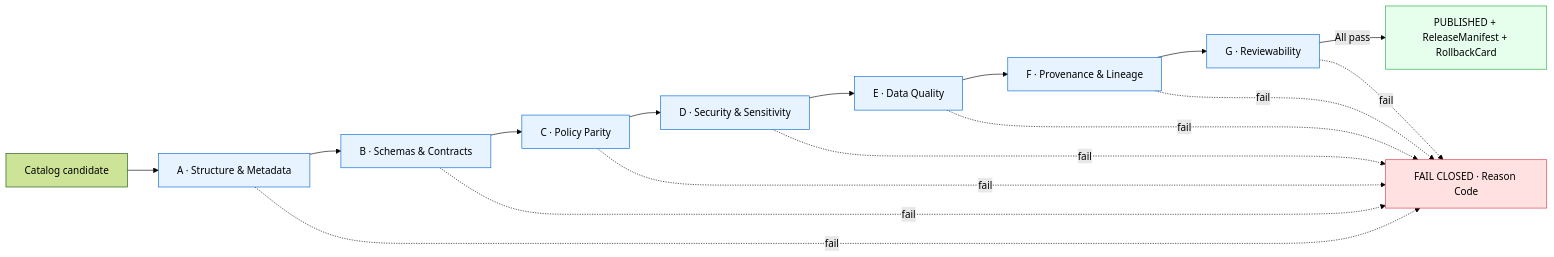
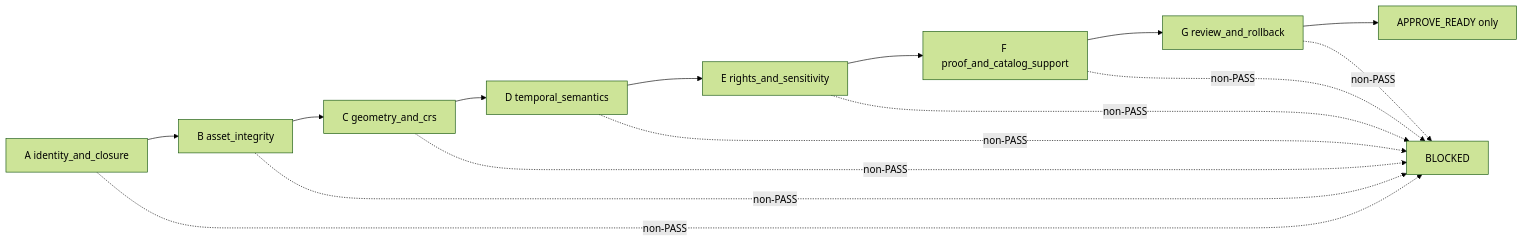
One commit to bartytime4life/Kansas-Frontier-Matrix changed the second of 3 diagrams in docs/architecture/publication/RELEASE_GATES.md. Above: the diagram before and after it, drawn with Mermaid (forest theme). The commit also changed other lines of this file, not shown here.

Commit message:
docs(architecture): ground release-gate boundary

````diff
--- a/docs/architecture/publication/RELEASE_GATES.md
+++ b/docs/architecture/publication/RELEASE_GATES.md
@@ -187,24 +264,17 @@
 ```mermaid
 flowchart LR
-  IN[Catalog candidate] --> A[A · Structure & Metadata]
-  A --> B[B · Schemas & Contracts]
-  B --> C[C · Policy Parity]
-  C --> D[D · Security & Sensitivity]
-  D --> E[E · Data Quality]
-  E --> F[F · Provenance & Lineage]
-  F --> G[G · Reviewability]
-  G -->|All pass| PUB[PUBLISHED + ReleaseManifest + RollbackCard]
-  A -.fail.-> X[FAIL CLOSED · Reason Code]
-  B -.fail.-> X
-  C -.fail.-> X
-  D -.fail.-> X
-  E -.fail.-> X
-  F -.fail.-> X
-  G -.fail.-> X
-  classDef gate fill:#e7f3ff,stroke:#0366d6,color:#000;
-  classDef fail fill:#ffe1e1,stroke:#d73a49,color:#000;
-  classDef pass fill:#e6ffec,stroke:#28a745,color:#000;
-  class A,B,C,D,E,F,G gate;
-  class X fail;
-  class PUB pass;
+  A["A identity_and_closure"] --> B["B asset_integrity"]
+  B --> C["C geometry_and_crs"]
+  C --> D["D temporal_semantics"]
+  D --> E["E rights_and_sensitivity"]
+  E --> F["F proof_and_catalog_support"]
+  F --> G["G review_and_rollback"]
+  G --> READY["APPROVE_READY only"]
+  A -. non-PASS .-> BLOCK["BLOCKED"]
+  B -. non-PASS .-> BLOCK
+  C -. non-PASS .-> BLOCK
+  D -. non-PASS .-> BLOCK
+  E -. non-PASS .-> BLOCK
+  F -. non-PASS .-> BLOCK
+  G -. non-PASS .-> BLOCK
 ```
````
